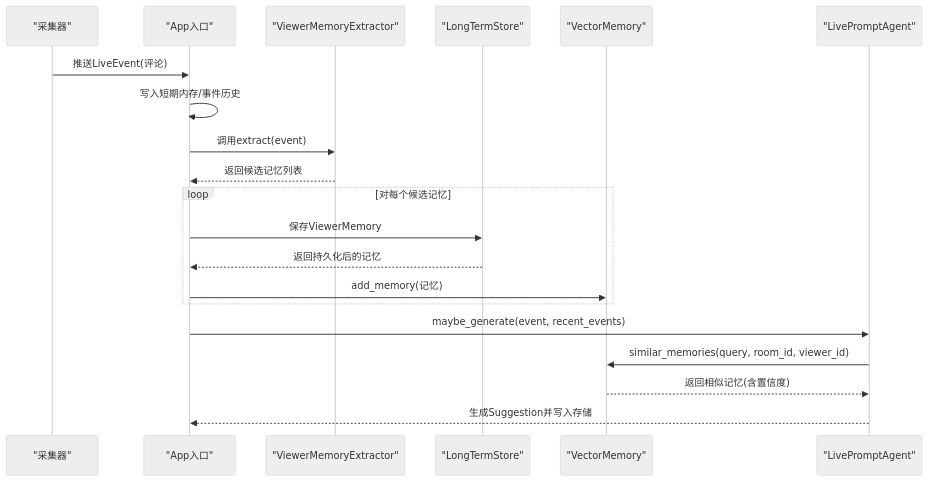
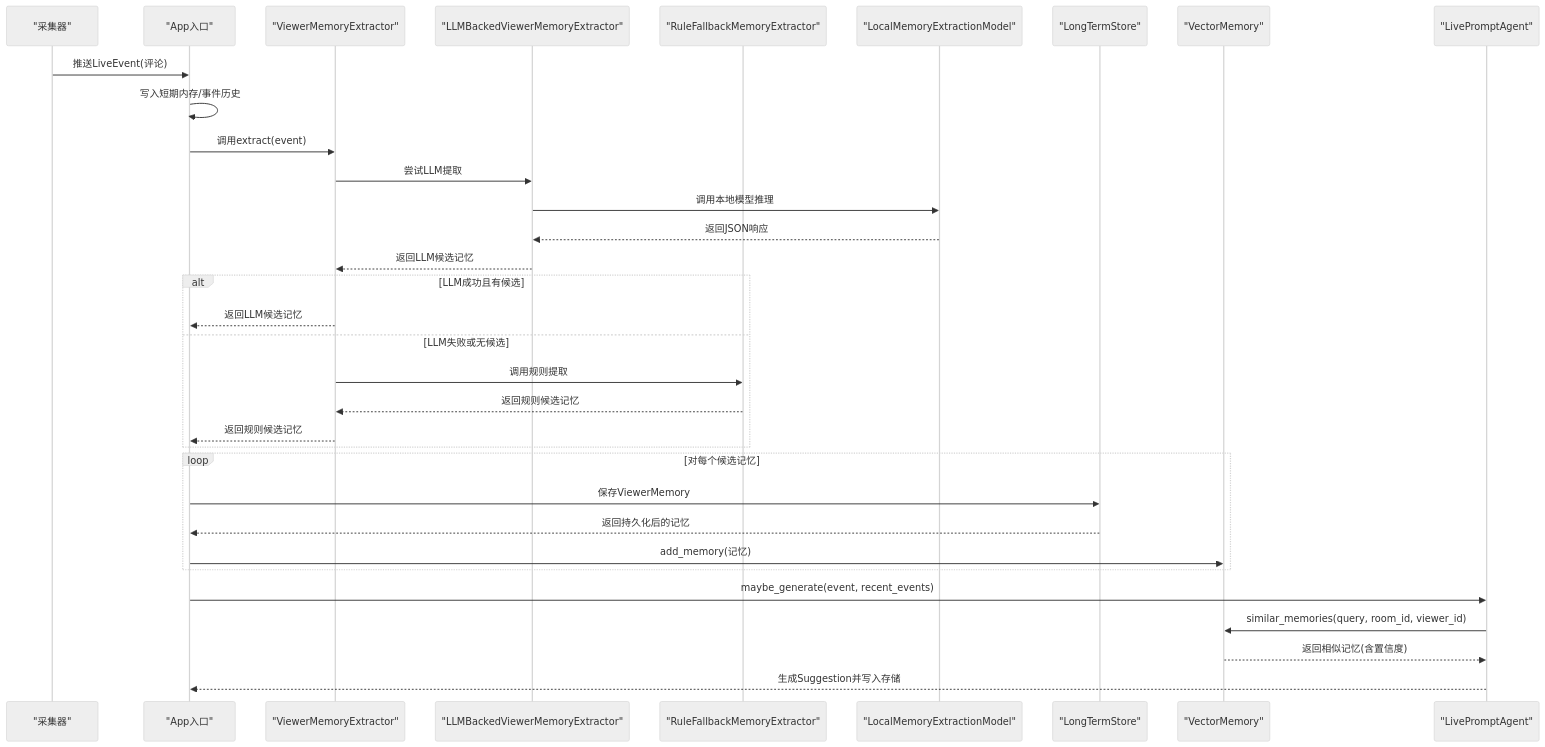
One commit to Moon-Force/DouYin_llm changed the second of 6 diagrams in .qoder/repowiki/zh/content/后端服务/智能提词引擎/记忆提取器.md. Above: the diagram before and after it, drawn with Mermaid (neutral theme). The commit also changed other lines of this file and 35 other files, not shown here.

Commit message:
feat: finalize ollama memory extraction evaluation

````diff
--- a/.qoder/repowiki/zh/content/后端服务/智能提词引擎/记忆提取器.md
+++ b/.qoder/repowiki/zh/content/后端服务/智能提词引擎/记忆提取器.md
@@ -102,22 +127,35 @@
 ```mermaid
 sequenceDiagram
 participant COL as "采集器"
 participant APP as "App入口"
 participant ME as "ViewerMemoryExtractor"
+participant LME as "LLMBackedViewerMemoryExtractor"
+participant RFE as "RuleFallbackMemoryExtractor"
+participant LM as "LocalMemoryExtractionModel"
 participant LTS as "LongTermStore"
 participant VS as "VectorMemory"
 participant AG as "LivePromptAgent"
 COL->>APP : 推送LiveEvent(评论)
 APP->>APP : 写入短期内存/事件历史
 APP->>ME : 调用extract(event)
-ME-->>APP : 返回候选记忆列表
+ME->>LME : 尝试LLM提取
+LME->>LM : 调用本地模型推理
+LM-->>LME : 返回JSON响应
+LME-->>ME : 返回LLM候选记忆
+alt LLM成功且有候选
+ME-->>APP : 返回LLM候选记忆
+else LLM失败或无候选
+ME->>RFE : 调用规则提取
+RFE-->>ME : 返回规则候选记忆
+ME-->>APP : 返回规则候选记忆
+end
 loop 对每个候选记忆
 APP->>LTS : 保存ViewerMemory
 LTS-->>APP : 返回持久化后的记忆
 APP->>VS : add_memory(记忆)
 end
 APP->>AG : maybe_generate(event, recent_events)
 AG->>VS : similar_memories(query, room_id, viewer_id)
 VS-->>AG : 返回相似记忆(含置信度)
 AG-->>APP : 生成Suggestion并写入存储
 ```
````
